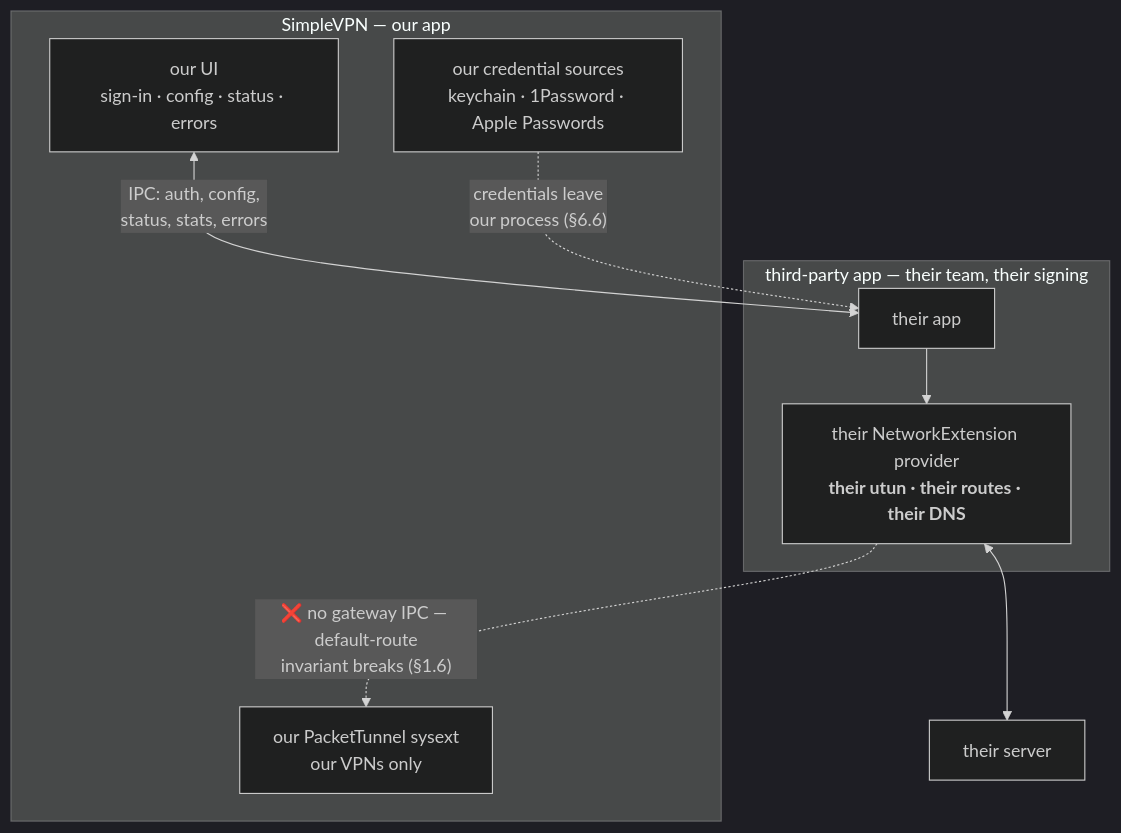
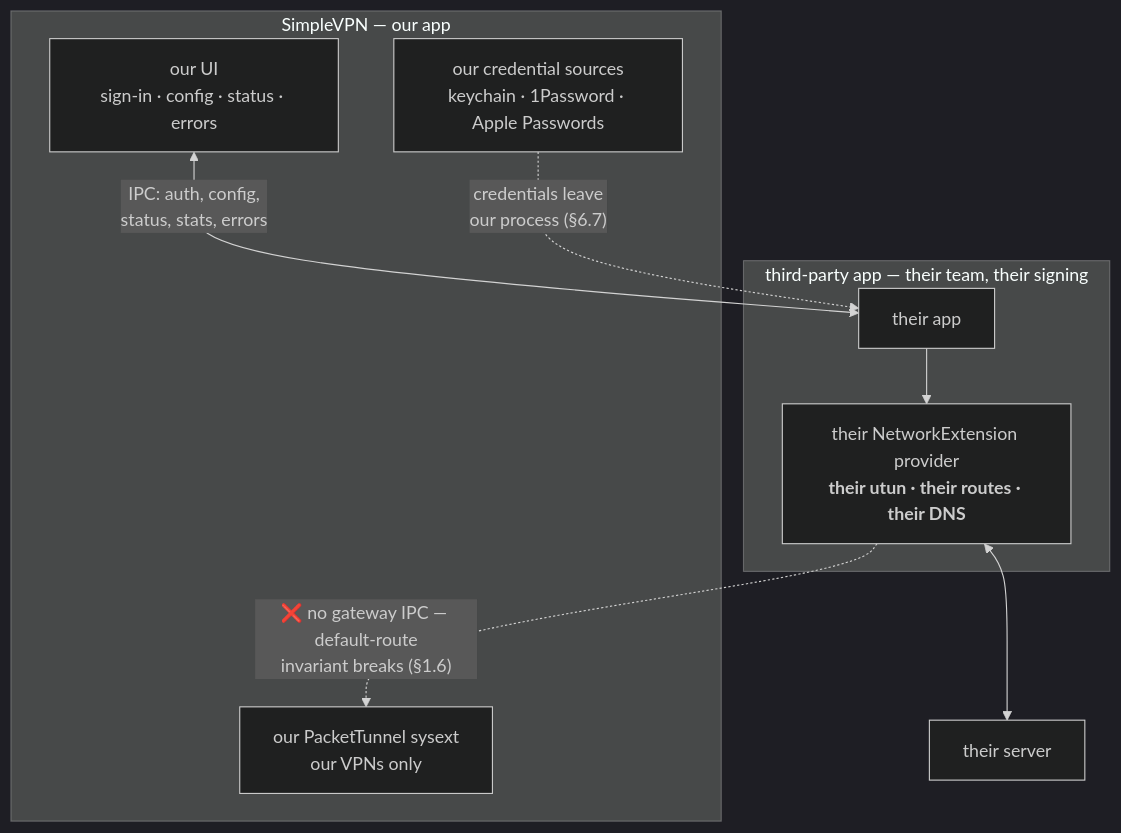
One commit to bitwisecook/SimpleVPN changed the third of 3 diagrams in Docs/EngineExtensibility.md. Above: the diagram before and after it, drawn with Mermaid (dark theme). The commit also changed other lines of this file and 17 other files, not shown here.

````diff
--- a/Docs/EngineExtensibility.md
+++ b/Docs/EngineExtensibility.md
@@ -483,17 +510,17 @@
 ```mermaid
 flowchart TB
     subgraph OURS["SimpleVPN — our app"]
         UI["our UI<br/>sign-in · config · status · errors"]
         CRED["our credential sources<br/>keychain · 1Password · Apple Passwords"]
         OURSX["our PacketTunnel sysext<br/>our VPNs only"]
     end
     subgraph THEIRS["third-party app — their team, their signing"]
         TAPP["their app"]
         TSX["their NetworkExtension provider<br/><b>their utun · their routes · their DNS</b>"]
     end
     UI <-->|"IPC: auth, config,<br/>status, stats, errors"| TAPP
-    CRED -.->|"credentials leave<br/>our process (§6.6)"| TAPP
+    CRED -.->|"credentials leave<br/>our process (§6.7)"| TAPP
     TAPP --> TSX
     TSX <--> NET["their server"]
     TSX -.->|"❌ no gateway IPC — default-route<br/>invariant breaks (§1.6)"| OURSX
 ```
````
